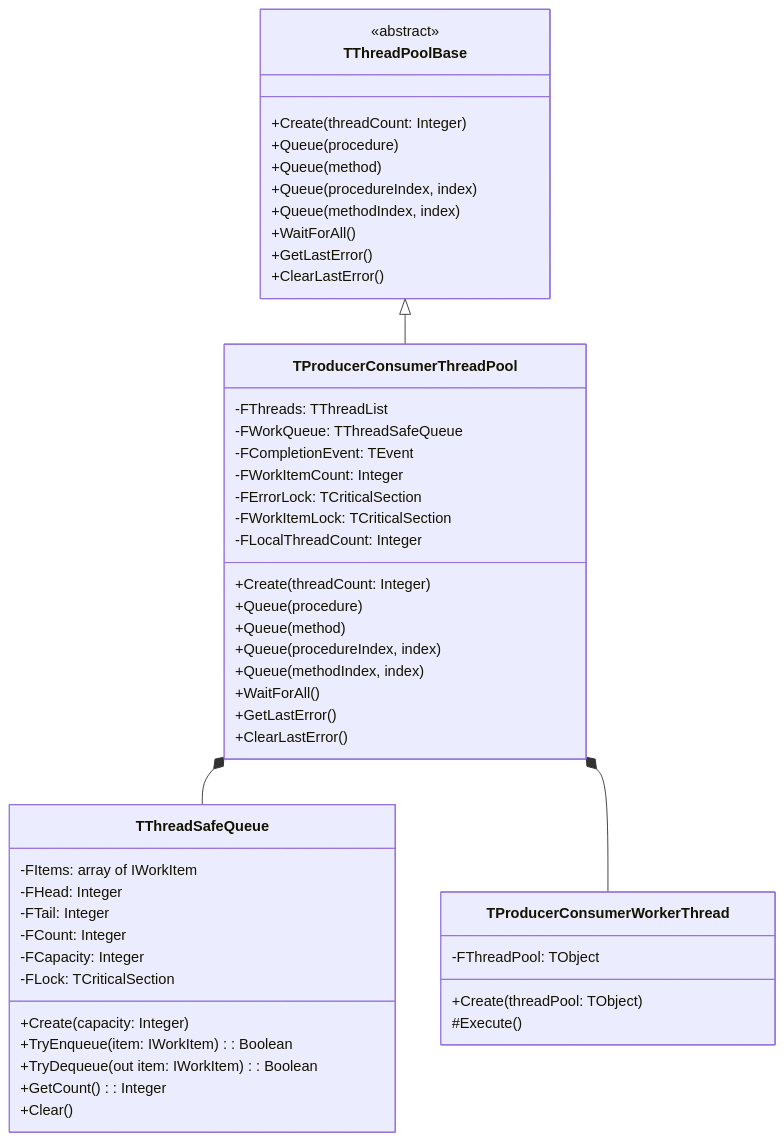
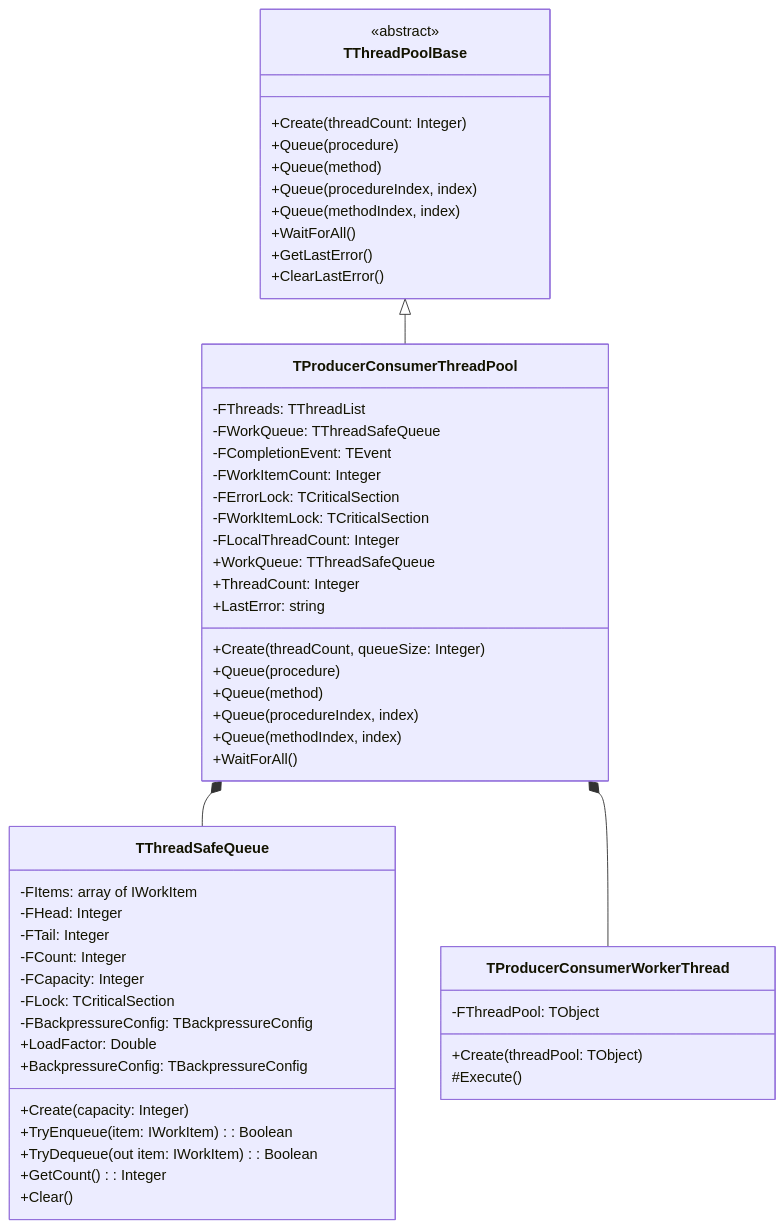
Before and after one commit to ikelaiah/threadpool-fp: the first of 4 diagrams in docs/ThreadPool.ProducerConsumer-Technical.md, drawn with Mermaid. The commit also changed other lines of this file and 15 other files, not shown here.

````diff
--- a/docs/ThreadPool.ProducerConsumer-Technical.md
+++ b/docs/ThreadPool.ProducerConsumer-Technical.md
@@ -60,56 +17,60 @@
 ```mermaid
 classDiagram
     class TThreadPoolBase {
         <<abstract>>
         +Create(threadCount: Integer)
         +Queue(procedure)
         +Queue(method)
         +Queue(procedureIndex, index)
         +Queue(methodIndex, index)
         +WaitForAll()
         +GetLastError()
         +ClearLastError()
     }
-    
+
     class TProducerConsumerThreadPool {
         -FThreads: TThreadList
         -FWorkQueue: TThreadSafeQueue
         -FCompletionEvent: TEvent
         -FWorkItemCount: Integer
         -FErrorLock: TCriticalSection
         -FWorkItemLock: TCriticalSection
         -FLocalThreadCount: Integer
-        +Create(threadCount: Integer)
+        +Create(threadCount, queueSize: Integer)
         +Queue(procedure)
         +Queue(method)
         +Queue(procedureIndex, index)
         +Queue(methodIndex, index)
         +WaitForAll()
-        +GetLastError()
-        +ClearLastError()
+        +WorkQueue: TThreadSafeQueue
+        +ThreadCount: Integer
+        +LastError: string
     }
-    
+
     class TThreadSafeQueue {
         -FItems: array of IWorkItem
         -FHead: Integer
         -FTail: Integer
         -FCount: Integer
         -FCapacity: Integer
         -FLock: TCriticalSection
+        -FBackpressureConfig: TBackpressureConfig
         +Create(capacity: Integer)
         +TryEnqueue(item: IWorkItem): Boolean
         +TryDequeue(out item: IWorkItem): Boolean
         +GetCount(): Integer
+        +LoadFactor: Double
+        +BackpressureConfig: TBackpressureConfig
         +Clear()
     }
-    
+
     class TProducerConsumerWorkerThread {
         -FThreadPool: TObject
         +Create(threadPool: TObject)
         #Execute()
     }
 
     TThreadPoolBase <|-- TProducerConsumerThreadPool
     TProducerConsumerThreadPool *-- TThreadSafeQueue
     TProducerConsumerThreadPool *-- TProducerConsumerWorkerThread
 ```
````
